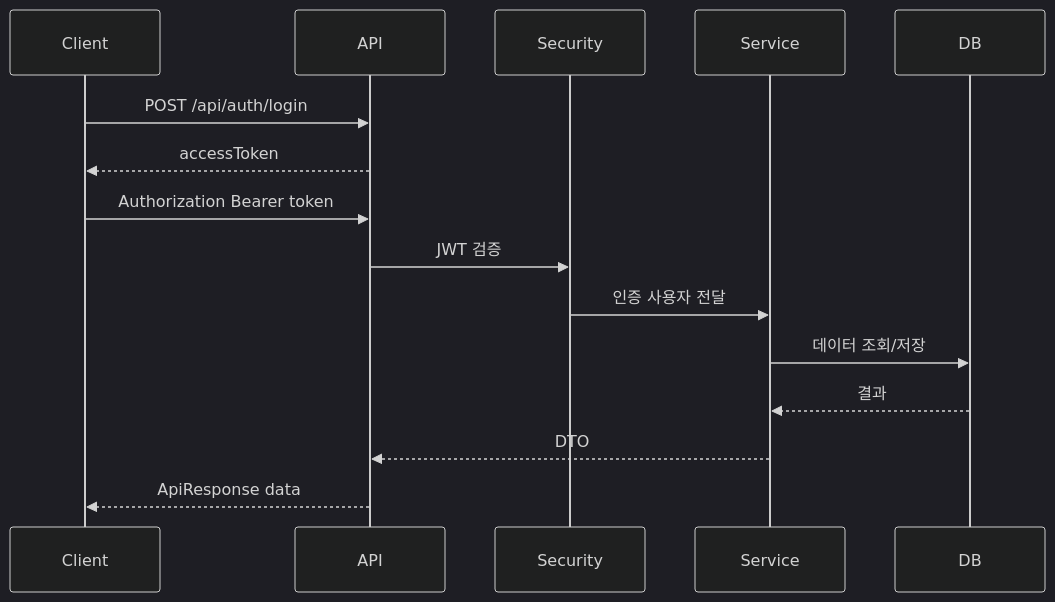
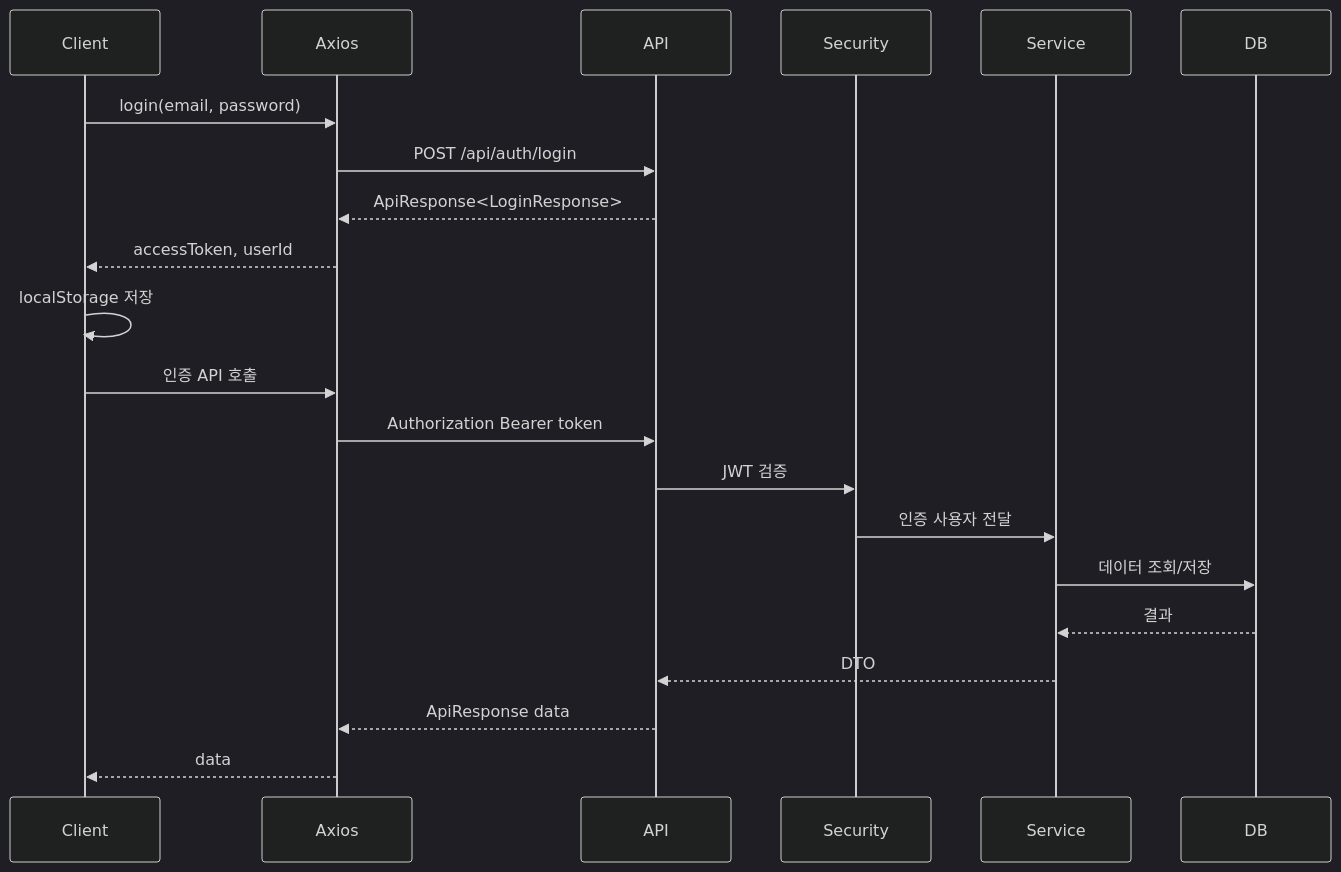
The third of 5 diagrams in docs/FELDBUCH_DEVELOPMENT_DOCUMENTATION.md (keunoh/feldbuch), drawn with Mermaid (dark theme) before and after one commit. The commit also changed other lines of this file and 2 other files, not shown here.

First line of the commit message:
docs: JWT 인증과 Axios 통신 흐름 문서화

````diff
--- a/docs/FELDBUCH_DEVELOPMENT_DOCUMENTATION.md
+++ b/docs/FELDBUCH_DEVELOPMENT_DOCUMENTATION.md
@@ -311,18 +343,24 @@
 ```mermaid
 sequenceDiagram
     participant Client
+    participant Axios
     participant API
     participant Security
     participant Service
     participant DB
 
-    Client->>API: POST /api/auth/login
-    API-->>Client: accessToken
-    Client->>API: Authorization Bearer token
+    Client->>Axios: login(email, password)
+    Axios->>API: POST /api/auth/login
+    API-->>Axios: ApiResponse<LoginResponse>
+    Axios-->>Client: accessToken, userId
+    Client->>Client: localStorage 저장
+    Client->>Axios: 인증 API 호출
+    Axios->>API: Authorization Bearer token
     API->>Security: JWT 검증
     Security->>Service: 인증 사용자 전달
     Service->>DB: 데이터 조회/저장
     DB-->>Service: 결과
     Service-->>API: DTO
-    API-->>Client: ApiResponse data
+    API-->>Axios: ApiResponse data
+    Axios-->>Client: data
 ```
````
